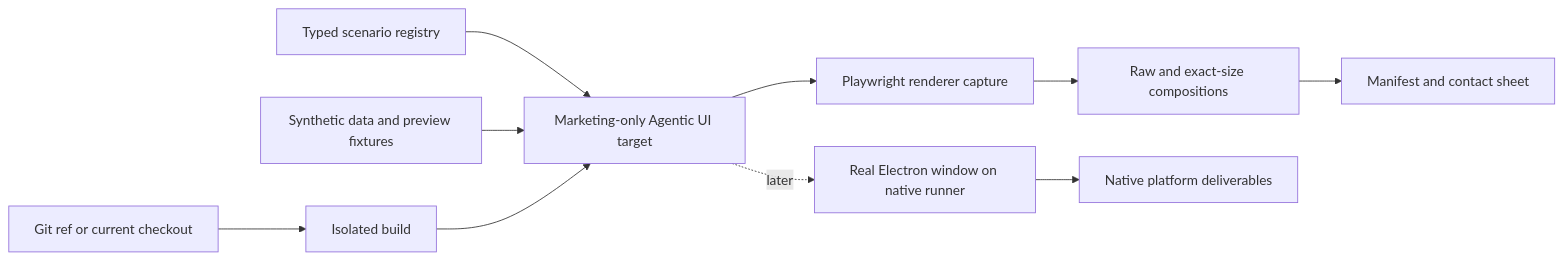
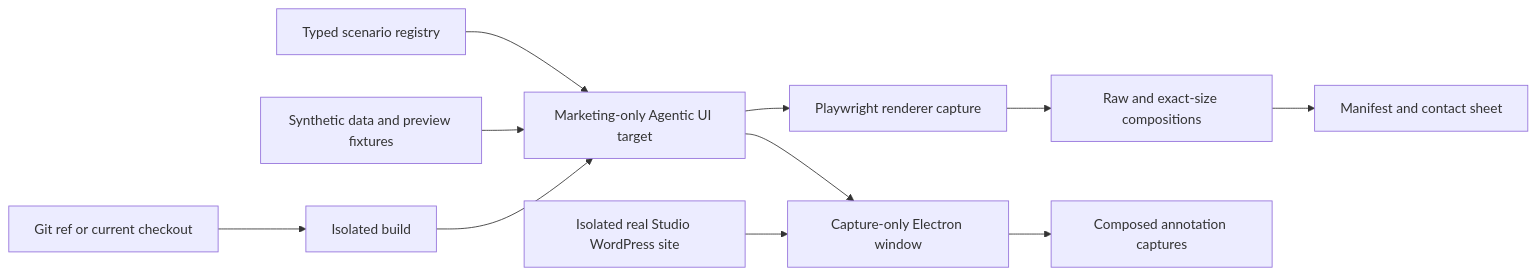
The diagram in docs/design-docs/marketing-screenshot-automation.md (Automattic/studio), drawn with Mermaid before and after one commit. The commit also changed other lines of this file and 17 other files, not shown here.

Commit message:
Capture real WordPress annotation flows

````diff
--- a/docs/design-docs/marketing-screenshot-automation.md
+++ b/docs/design-docs/marketing-screenshot-automation.md
@@ -271,12 +289,13 @@
 ```mermaid
 flowchart LR
     A["Git ref or current checkout"] --> B["Isolated build"]
     C["Typed scenario registry"] --> D["Marketing-only Agentic UI target"]
     E["Synthetic data and preview fixtures"] --> D
     B --> D
     D --> F["Playwright renderer capture"]
     F --> G["Raw and exact-size compositions"]
     G --> H["Manifest and contact sheet"]
-    D -.->|later| I["Real Electron window on native runner"]
-    I --> J["Native platform deliverables"]
+    D --> I["Capture-only Electron window"]
+    K["Isolated real Studio WordPress site"] --> I
+    I --> J["Composed annotation captures"]
 ```
````
